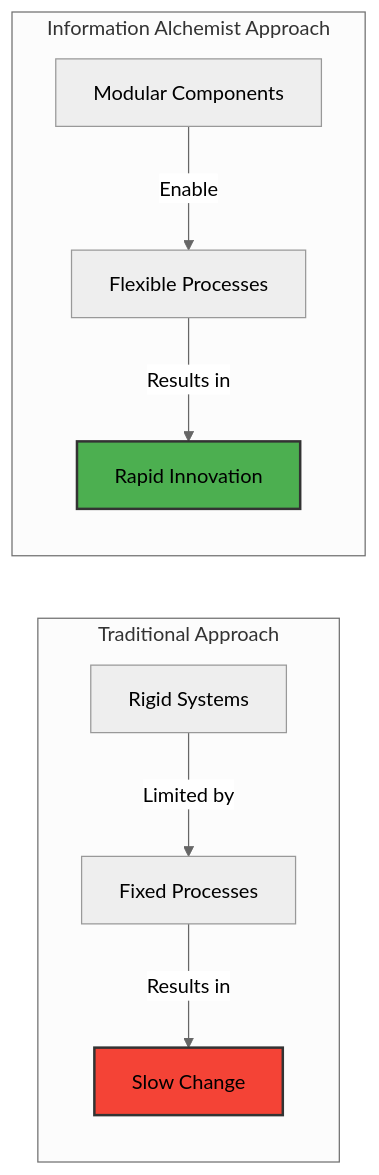
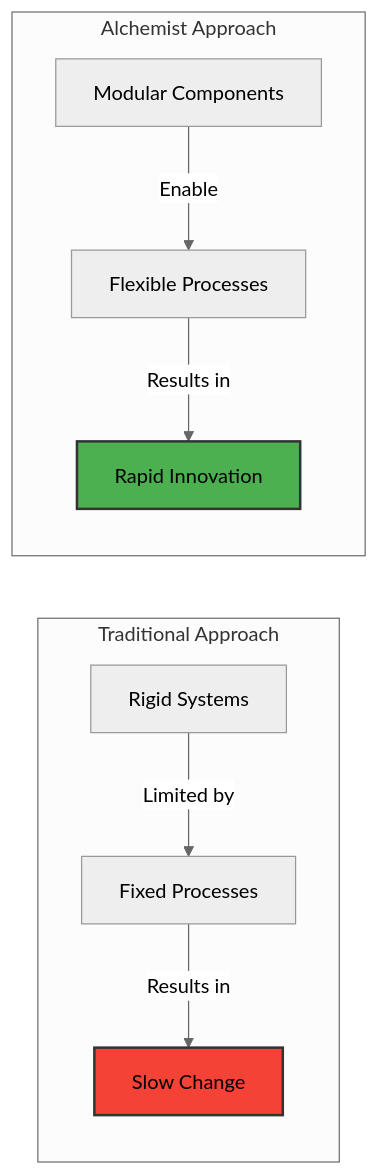
The second of 2 diagrams in doc/publish/business/01-introduction.md (TheCowboyAI/alchemist), drawn with Mermaid (neutral theme) before and after one commit. The commit also changed other lines of this file and 9 other files, not shown here.

````diff
--- a/doc/publish/business/01-introduction.md
+++ b/doc/publish/business/01-introduction.md
@@ -109,15 +109,15 @@
 ```mermaid
 graph LR
     subgraph "Traditional Approach"
         A1[Rigid Systems] -->|Limited by| A2[Fixed Processes]
         A2 -->|Results in| A3[Slow Change]
     end
 
-    subgraph "Information Alchemist Approach"
+    subgraph "Alchemist Approach"
         B1[Modular Components] -->|Enable| B2[Flexible Processes]
         B2 -->|Results in| B3[Rapid Innovation]
     end
 
     style A3 fill:#f44336,stroke:#333,stroke-width:2px
     style B3 fill:#4CAF50,stroke:#333,stroke-width:2px
 ```
````
